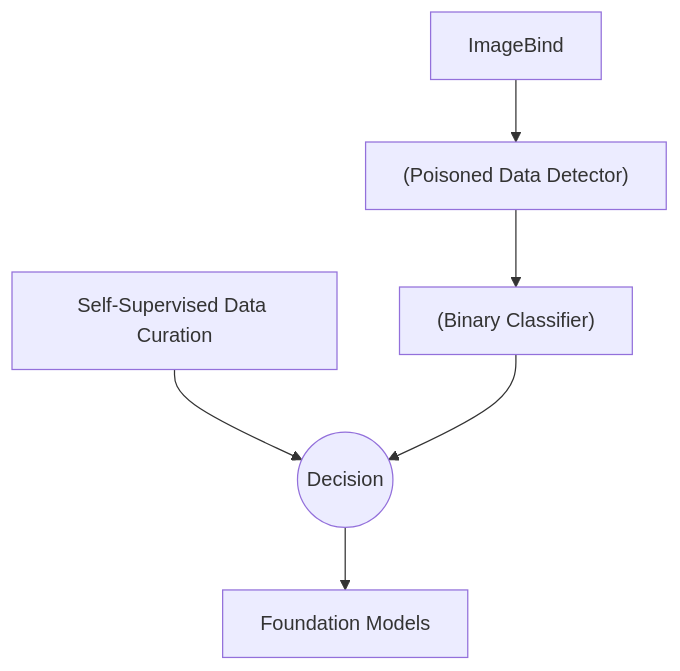
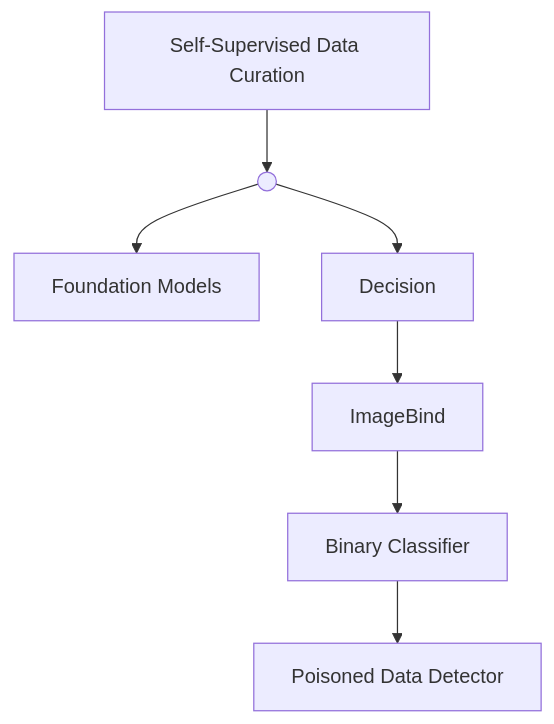
Before and after one commit to Jaywalk18/visual-ssl-digest: the third of 3 diagrams in assets/mineru/2606.09511/full.md, drawn with Mermaid. The commit also changed other lines of this file and 18 other files, not shown here.

````diff
--- a/assets/mineru/2606.09511/full.md
+++ b/assets/mineru/2606.09511/full.md
@@ -644,8 +550,9 @@
 ```mermaid
 graph TD
-  A["Self-Supervised Data Curation"] --> B((Decision))
+  A["Self-Supervised Data Curation"] --> B(( ))
   B --> C["Foundation Models"]
-  D["ImageBind"] --> E["(Poisoned Data Detector)"]
-  E --> F["(Binary Classifier)"]
-  F --> B
+  B --> D["Decision"]
+  D --> E["ImageBind"]
+  E --> F["Binary Classifier"]
+  F --> G["Poisoned Data Detector"]
 ```
````
